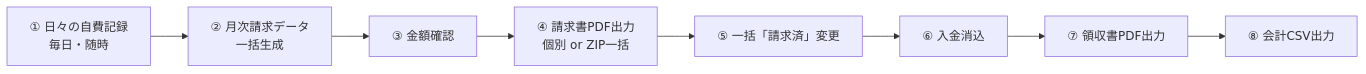
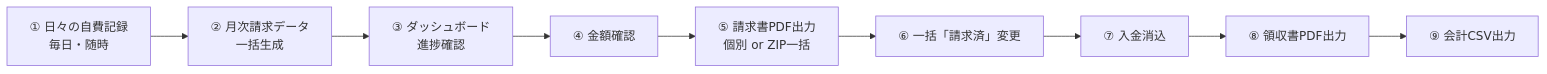
Before and after one commit to annahoikuen-debug/filament: the diagram in docs/操作マニュアル.md, drawn with Mermaid. The commit also changed other lines of this file and 56 other files, not shown here.

````diff
--- a/docs/操作マニュアル.md
+++ b/docs/操作マニュアル.md
@@ -59,10 +65,11 @@
 ```mermaid
 flowchart LR
     A[① 日々の自費記録<br/>毎日・随時] --> B[② 月次請求データ<br/>一括生成]
-    B --> C[③ 金額確認]
-    C --> D[④ 請求書PDF出力<br/>個別 or ZIP一括]
-    D --> E[⑤ 一括「請求済」変更]
-    E --> F[⑥ 入金消込]
-    F --> G[⑦ 領収書PDF出力]
-    G --> H[⑧ 会計CSV出力]
+    B --> C[③ ダッシュボード<br/>進捗確認]
+    C --> D[④ 金額確認]
+    D --> E[⑤ 請求書PDF出力<br/>個別 or ZIP一括]
+    E --> F[⑥ 一括「請求済」変更]
+    F --> G[⑦ 入金消込]
+    G --> H[⑧ 領収書PDF出力]
+    H --> I[⑨ 会計CSV出力]
 ```
````
